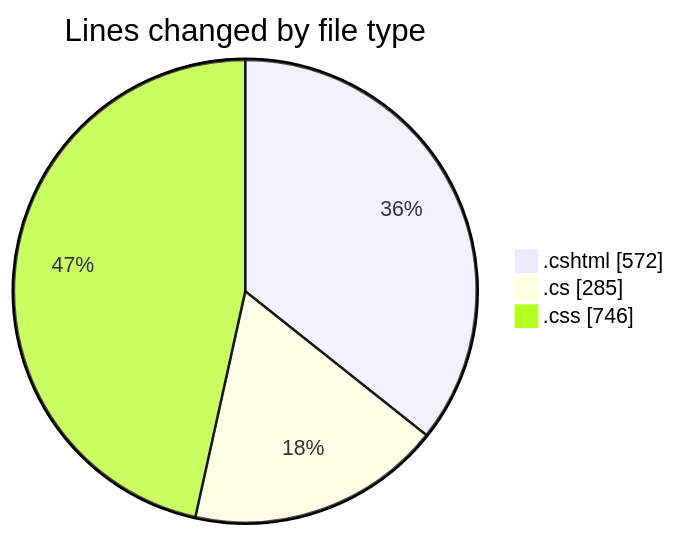
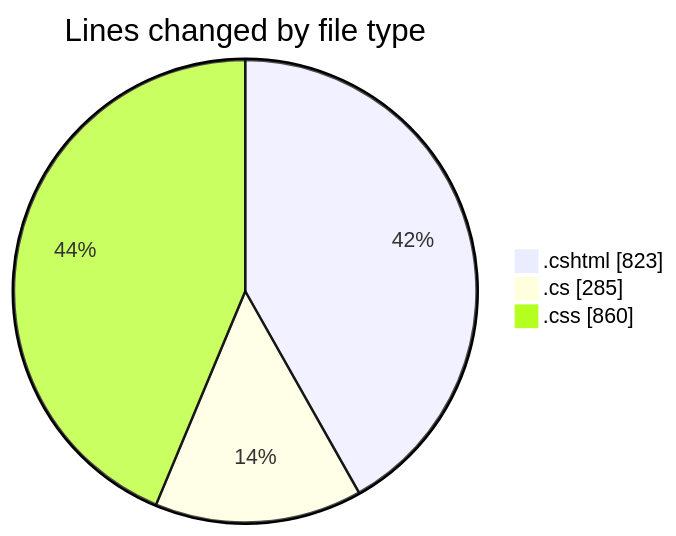
One commit to lephambinh05/code-tracking changed the first of 2 diagrams in 2025-07-18/nhahang/README.md. Above: the diagram before and after it, drawn with Mermaid. The commit also changed other lines of this file and 1 other file, not shown here.

````diff
--- a/2025-07-18/nhahang/README.md
+++ b/2025-07-18/nhahang/README.md
@@ -37,7 +37,7 @@
 ```mermaid
 pie showData
 title Lines changed by file type
-".cshtml" : 572
+".cshtml" : 823
 ".cs" : 285
-".css" : 746
+".css" : 860
 ```
````
